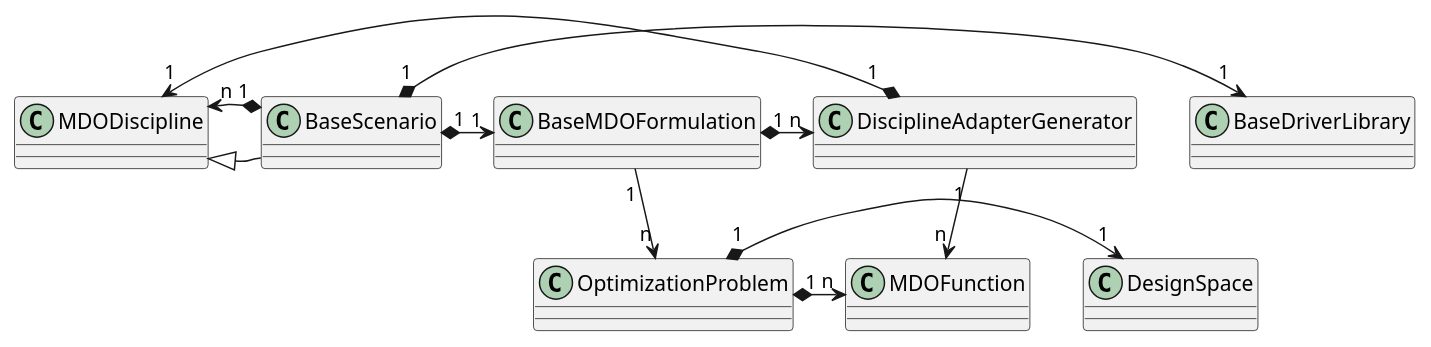
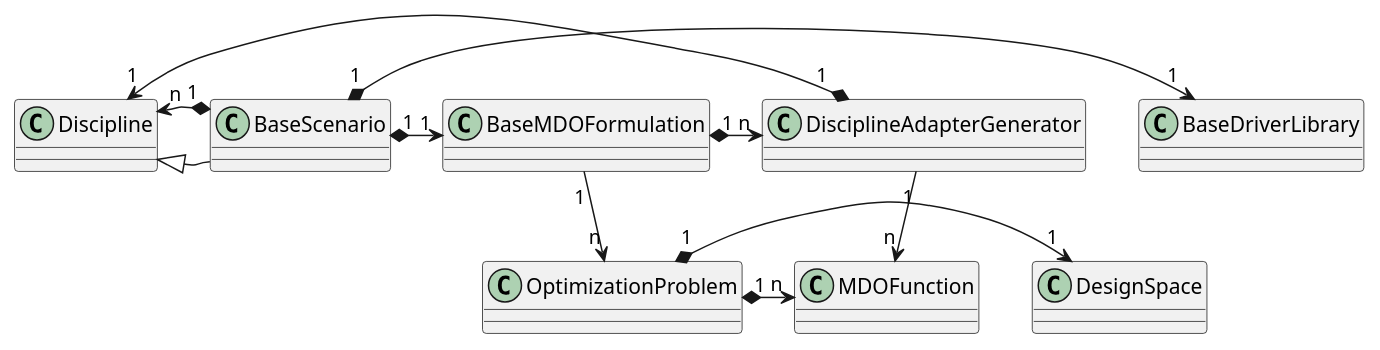
One commit to gemseo/gemseo changed the second of 5 diagrams in doc_src/software/system_architecture.rst. Above: the diagram before and after it, drawn with PlantUML. The commit also changed other lines of this file and 267 other files, not shown here.

```diff
--- a/doc_src/software/system_architecture.rst
+++ b/doc_src/software/system_architecture.rst
@@ -253,31 +253,31 @@
 .. uml::
 
    @startuml
    class BaseScenario {
    }
-   class MDODiscipline {
+   class Discipline {
    }
    class BaseMDOFormulation {
    }
    class OptimizationProblem {
    }
    class DesignSpace {
    }
    class DisciplineAdapterGenerator {
    }
    class MDOFunction {
    }
    class BaseDriverLibrary {
    }
 
-   MDODiscipline <|- BaseScenario
-   BaseScenario "1" *-> "n" MDODiscipline
+   Discipline <|- BaseScenario
+   BaseScenario "1" *-> "n" Discipline
    BaseScenario "1" *-> "1" BaseMDOFormulation
    BaseMDOFormulation "1" --> "n" OptimizationProblem
    DisciplineAdapterGenerator "1" --> "n" MDOFunction
-   DisciplineAdapterGenerator "1" *-> "1" MDODiscipline
+   DisciplineAdapterGenerator "1" *-> "1" Discipline
    BaseScenario "1" *-> "1" BaseDriverLibrary
    OptimizationProblem "1" *-> "1" DesignSpace
    OptimizationProblem "1" *-> "n" MDOFunction
    BaseMDOFormulation "1" *-> "n" DisciplineAdapterGenerator
    @end uml
```
